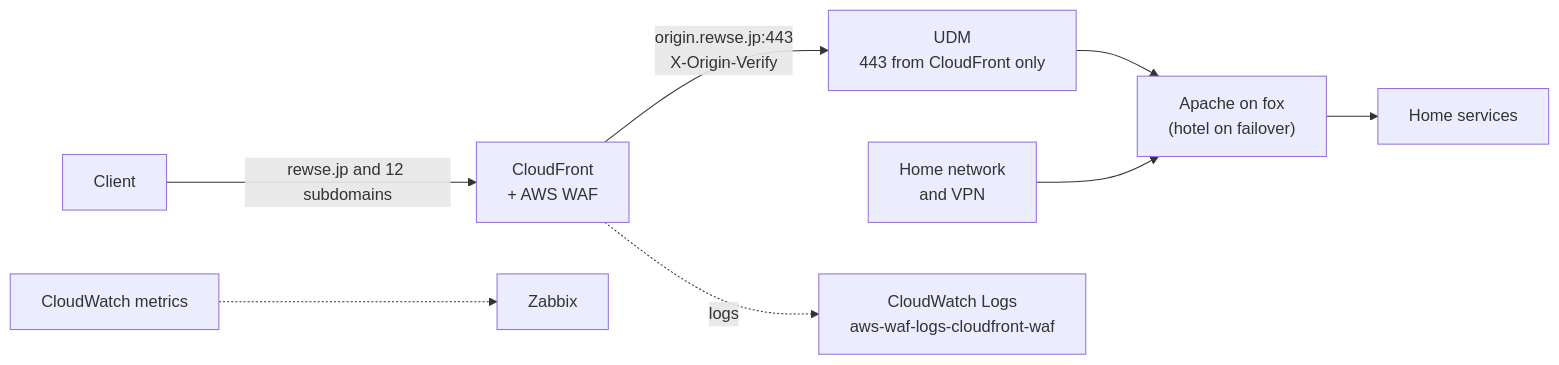
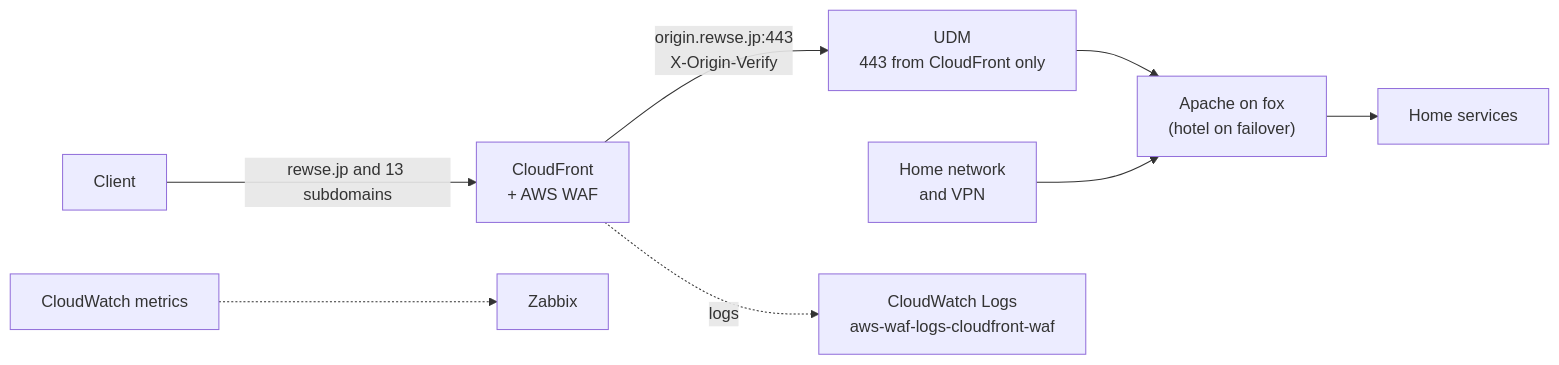
One commit to rewse/cloudfront-waf changed the diagram in README.md. Above: the diagram before and after it, drawn with Mermaid. The commit also changed other lines of this file and 5 other files, not shown here.

First line of the commit message:
feat: serve calendar-mcp.rewse.jp through CloudFront

````diff
--- a/README.md
+++ b/README.md
@@ -7,10 +7,10 @@
 ```mermaid
 flowchart LR
-  client[Client] -->|"rewse.jp and 12 subdomains"| cf["CloudFront<br/>+ AWS WAF"]
+  client[Client] -->|"rewse.jp and 13 subdomains"| cf["CloudFront<br/>+ AWS WAF"]
   cf -->|"origin.rewse.jp:443<br/>X-Origin-Verify"| udm["UDM<br/>443 from CloudFront only"]
   udm --> apache["Apache on fox<br/>(hotel on failover)"]
   apache --> apps[Home services]
   home["Home network<br/>and VPN"] --> apache
   cf -.->|logs| logs["CloudWatch Logs<br/>aws-waf-logs-cloudfront-waf"]
   cw[CloudWatch metrics] -.-> zabbix[Zabbix]
 ```
````
